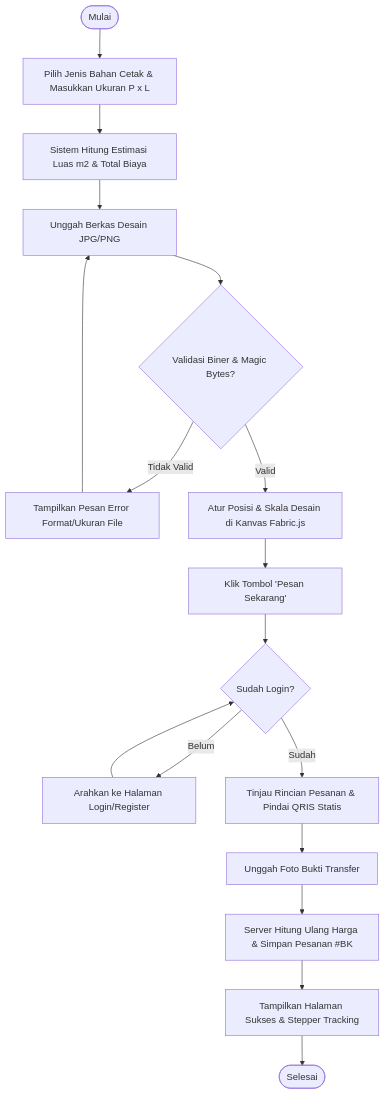
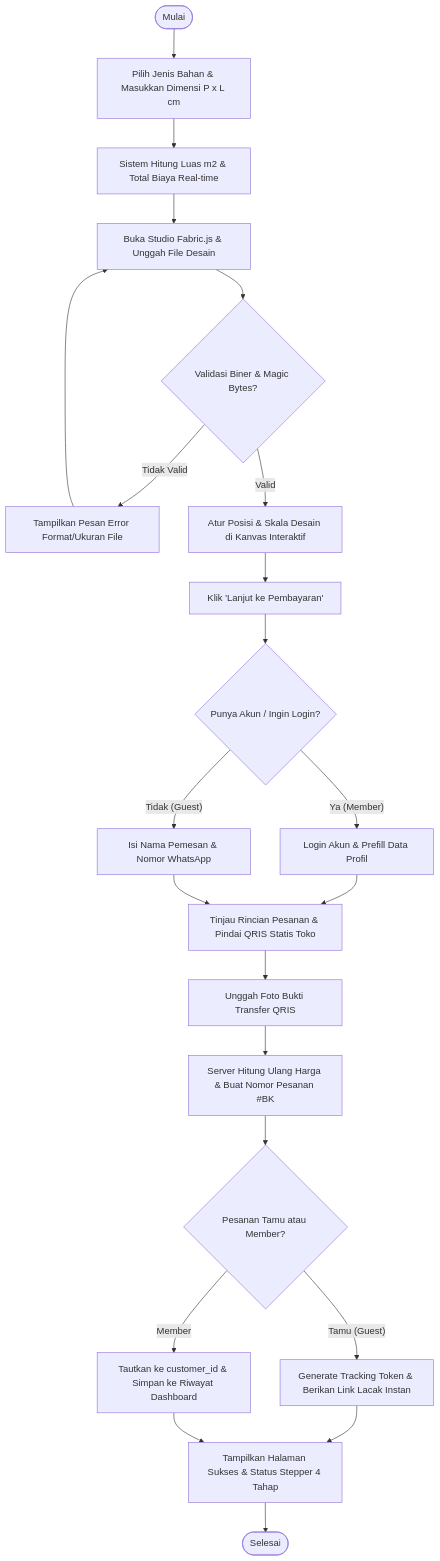
The second of 4 diagrams in docs/DOKUMENTASI_APSI.md (aryarakapermana/BannerIN), drawn with Mermaid before and after one commit. The commit also changed other lines of this file and 21 other files, not shown here.

````diff
--- a/docs/DOKUMENTASI_APSI.md
+++ b/docs/DOKUMENTASI_APSI.md
@@ -76,19 +96,29 @@
 ```mermaid
 flowchart TD
-    Start([Mulai]) --> A1[Pilih Jenis Bahan Cetak & Masukkan Ukuran P x L]
-    A1 --> A2[Sistem Hitung Estimasi Luas m2 & Total Biaya]
-    A2 --> A3[Unggah Berkas Desain JPG/PNG]
+    Start([Mulai]) --> A1[Pilih Jenis Bahan & Masukkan Dimensi P x L cm]
+    A1 --> A2[Sistem Hitung Luas m2 & Total Biaya Real-time]
+    A2 --> A3[Buka Studio Fabric.js & Unggah File Desain]
     A3 --> A4{Validasi Biner & Magic Bytes?}
     A4 -- Tidak Valid --> A5[Tampilkan Pesan Error Format/Ukuran File]
     A5 --> A3
-    A4 -- Valid --> A6[Atur Posisi & Skala Desain di Kanvas Fabric.js]
-    A6 --> A7[Klik Tombol 'Pesan Sekarang']
-    A7 --> A8{Sudah Login?}
-    A8 -- Belum --> A9[Arahkan ke Halaman Login/Register]
-    A9 --> A8
-    A8 -- Sudah --> A10[Tinjau Rincian Pesanan & Pindai QRIS Statis]
-    A10 --> A11[Unggah Foto Bukti Transfer]
-    A11 --> A12[Server Hitung Ulang Harga & Simpan Pesanan #BK]
-    A12 --> A13[Tampilkan Halaman Sukses & Stepper Tracking]
-    A13 --> End([Selesai])
+    A4 -- Valid --> A6[Atur Posisi & Skala Desain di Kanvas Interaktif]
+    A6 --> A7[Klik 'Lanjut ke Pembayaran']
+    A7 --> A8{Punya Akun / Ingin Login?}
+    
+    A8 -- Ya (Member) --> A9[Login Akun & Prefill Data Profil]
+    A8 -- Tidak (Guest) --> A10[Isi Nama Pemesan & Nomor WhatsApp]
+    
+    A9 --> A11[Tinjau Rincian Pesanan & Pindai QRIS Statis Toko]
+    A10 --> A11
+    
+    A11 --> A12[Unggah Foto Bukti Transfer QRIS]
+    A12 --> A13[Server Hitung Ulang Harga & Buat Nomor Pesanan #BK]
+    
+    A13 --> A14{Pesanan Tamu atau Member?}
+    A14 -- Tamu (Guest) --> A15[Generate Tracking Token & Berikan Link Lacak Instan]
+    A14 -- Member --> A16[Tautkan ke customer_id & Simpan ke Riwayat Dashboard]
+    
+    A15 --> A17[Tampilkan Halaman Sukses & Status Stepper 4 Tahap]
+    A16 --> A17
+    A17 --> End([Selesai])
 ```
````
